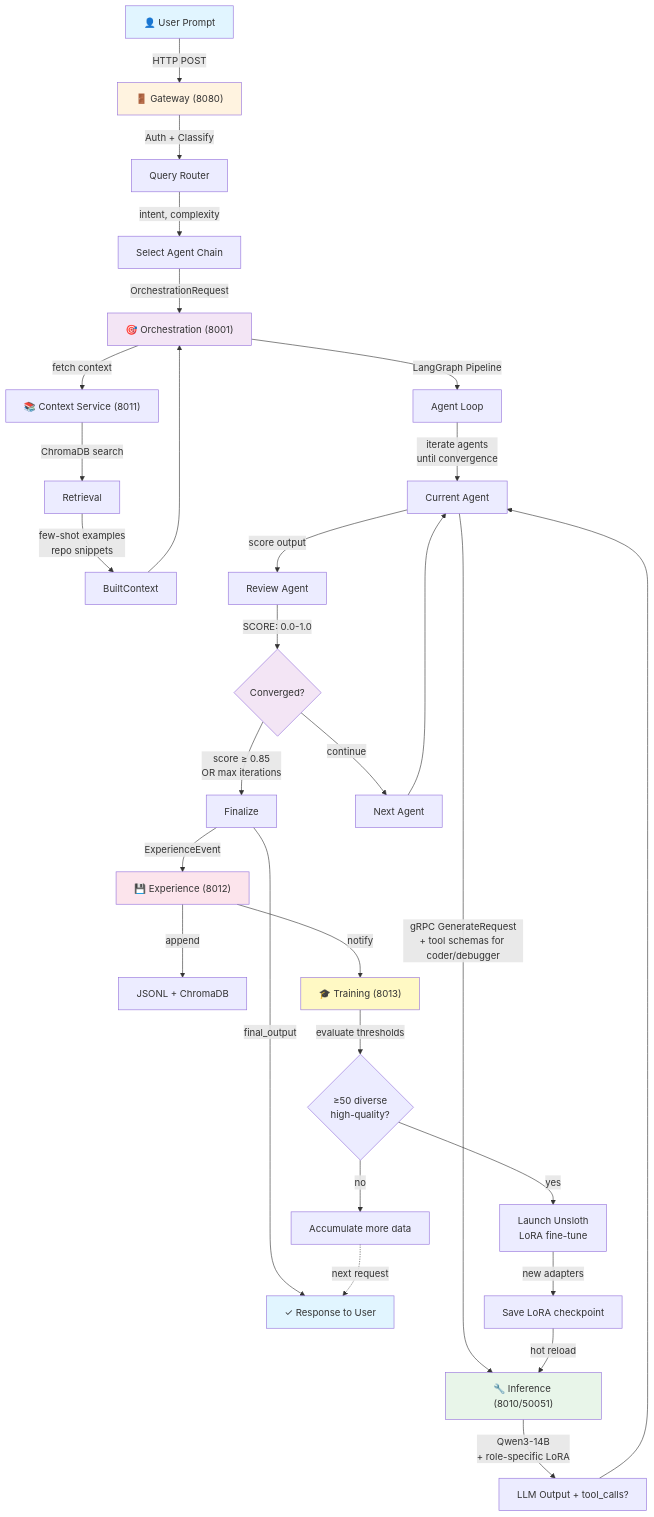
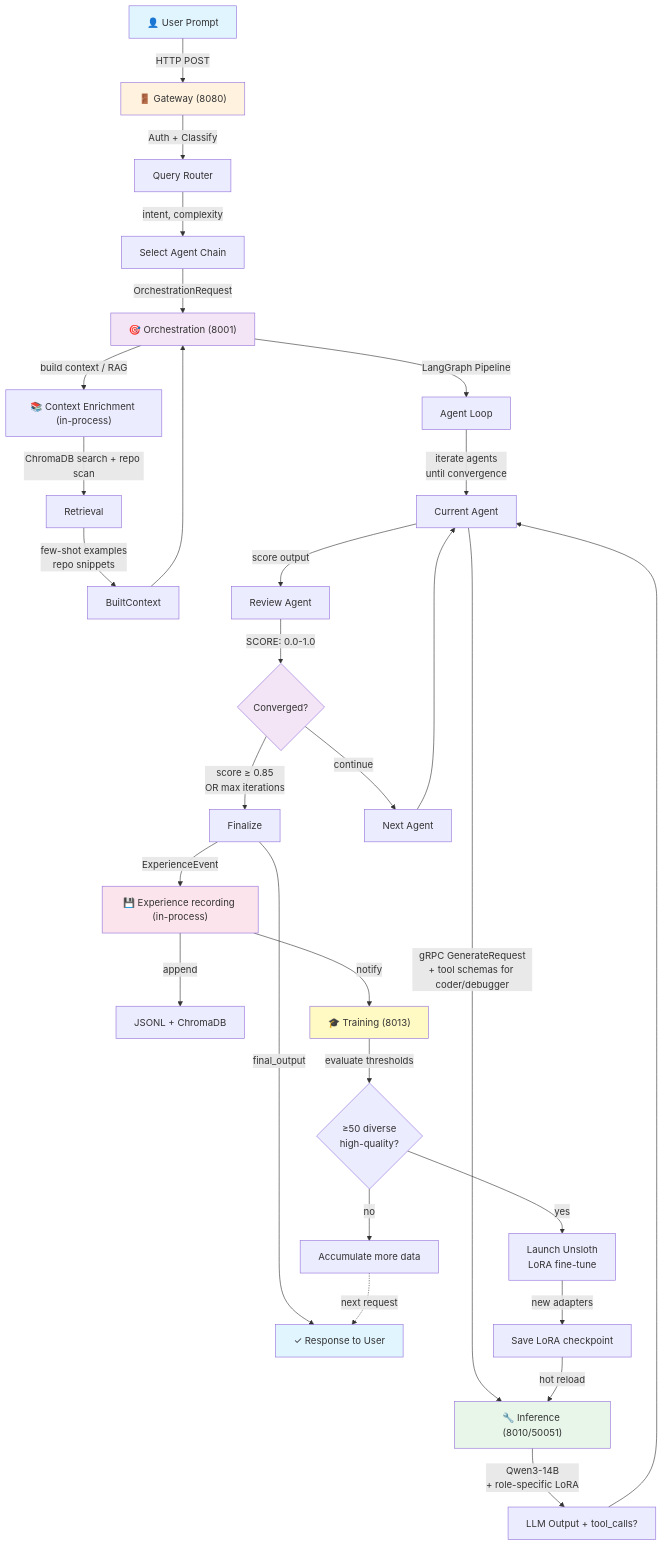
The diagram in ARCHITECTURE.md (plugtheo/idlepods_ai), drawn with Mermaid before and after one commit. The commit also changed other lines of this file and 27 other files, not shown here.

````diff
--- a/ARCHITECTURE.md
+++ b/ARCHITECTURE.md
@@ -5,48 +5,48 @@
 ```mermaid
 graph TD
     A["👤 User Prompt"] -->|HTTP POST| B["🚪 Gateway (8080)"]
     
     B -->|Auth + Classify| C["Query Router"]
     C -->|intent, complexity| D["Select Agent Chain"]
     D -->|OrchestrationRequest| E["🎯 Orchestration (8001)"]
     
-    E -->|fetch context| F["📚 Context Service (8011)"]
-    F -->|ChromaDB search| G["Retrieval"]
+    E -->|build context / RAG| F["📚 Context Enrichment (in-process)"]
+    F -->|ChromaDB search + repo scan| G["Retrieval"]
     G -->|few-shot examples<br/>repo snippets| H["BuiltContext"]
     H --> E
     
     E -->|LangGraph Pipeline| I["Agent Loop"]
     I -->|iterate agents<br/>until convergence| J["Current Agent"]
     J -->|gRPC GenerateRequest<br/>+ tool schemas for coder/debugger| K["🔧 Inference (8010/50051)"]
     K -->|Qwen3-14B<br/>+ role-specific LoRA| L["LLM Output + tool_calls?"]
     L --> J
     
     J -->|score output| M["Review Agent"]
     M -->|SCORE: 0.0-1.0| N{Converged?}
     N -->|score ≥ 0.85<br/>OR max iterations| O["Finalize"]
     N -->|continue| P["Next Agent"]
     P --> J
     O -->|final_output| Q["✓ Response to User"]
     
-    O -->|ExperienceEvent| R["💾 Experience (8012)"]
+    O -->|ExperienceEvent| R["💾 Experience recording (in-process)"]
     R -->|append| S["JSONL + ChromaDB"]
     R -->|notify| T["🎓 Training (8013)"]
     
     T -->|evaluate thresholds| U{≥50 diverse<br/>high-quality?}
     U -->|yes| V["Launch Unsloth<br/>LoRA fine-tune"]
     U -->|no| W["Accumulate more data"]
     
     V -->|new adapters| X["Save LoRA checkpoint"]
     X -->|hot reload| K
     
     W -.->|next request| Q
     
     style A fill:#e1f5ff
     style Q fill:#e1f5ff
     style B fill:#fff3e0
     style E fill:#f3e5f5
     style K fill:#e8f5e9
     style R fill:#fce4ec
     style T fill:#fff9c4
     style N fill:#f3e5f5
 ```
````
